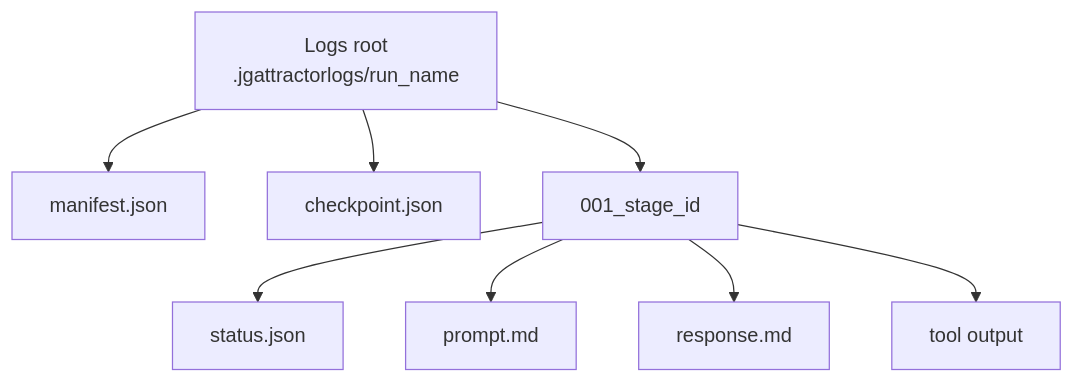
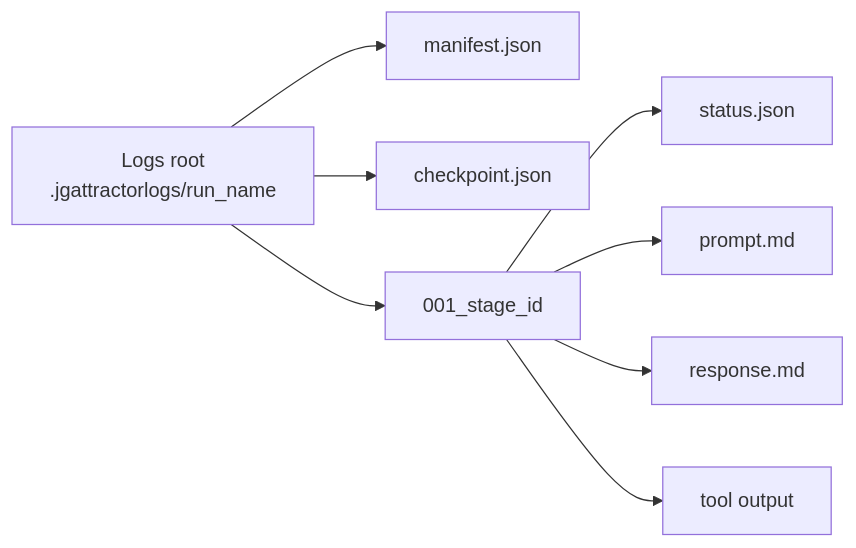
Diagram 25 of 28 in CODE_WALKTHROUGH.md (adrianguyareach/junglegreenattractor), drawn with Mermaid before and after one commit. The commit also changed other lines of this file, not shown here.

First line of the commit message:
Refactor flowcharts in CODE_WALKTHROUGH.md for improved readability and consistency

````diff
--- a/CODE_WALKTHROUGH.md
+++ b/CODE_WALKTHROUGH.md
@@ -4002,11 +3994,10 @@
 ```mermaid
-flowchart TD
-  A[Logs root
-.jgattractorlogs/run_name] --> B[manifest.json]
+flowchart LR
+  A[Logs root<br/>.jgattractorlogs/run_name] --> B[manifest.json]
   A --> C[checkpoint.json]
   A --> D[001_stage_id]
   D --> E[status.json]
   D --> F[prompt.md]
   D --> G[response.md]
   D --> H[tool output]
 ```
````
